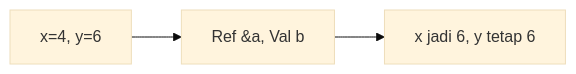
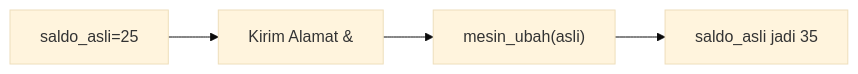
The second of 25 diagrams in part-c-pemahaman-cpp/04-fungsi/latihan/set-09.md (amnahwaida/OSNK_INF_PREP), drawn with Mermaid (base theme) before and after one commit. The commit also changed other lines of this file and 71 other files, not shown here.

````diff
--- a/part-c-pemahaman-cpp/04-fungsi/latihan/set-09.md
+++ b/part-c-pemahaman-cpp/04-fungsi/latihan/set-09.md
@@ -47,5 +49,6 @@
 ```mermaid
 graph LR
-A["x=4, y=6"] --> B["Ref &a, Val b"]
-B --> C["x jadi 6, y tetap 6"]
+A["saldo_asli=25"] --> B["Kirim Alamat &"]
+B --> C["mesin_ubah(asli)"]
+C --> D["saldo_asli jadi 35"]
 ```
````
